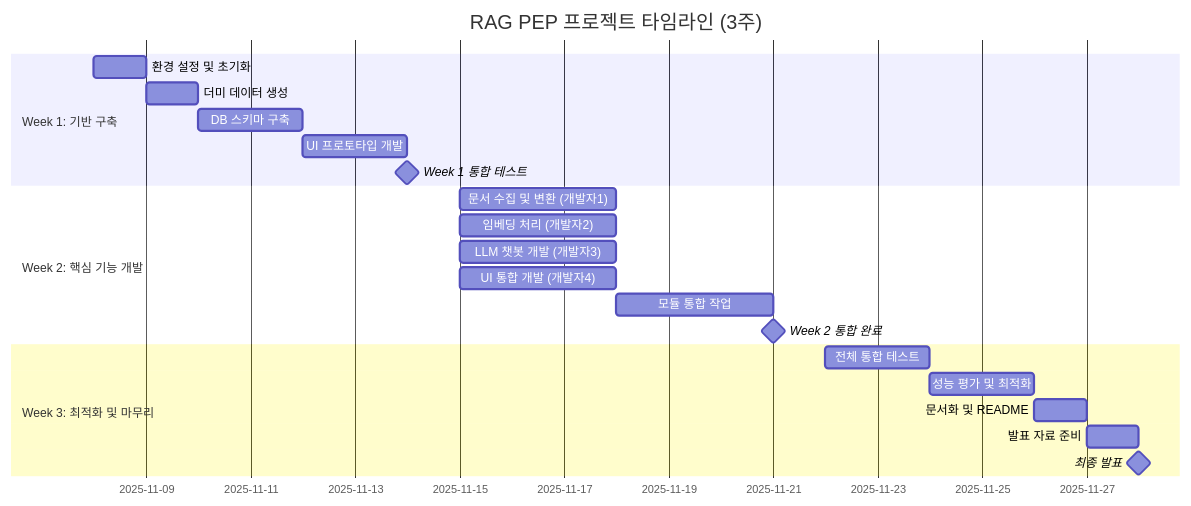
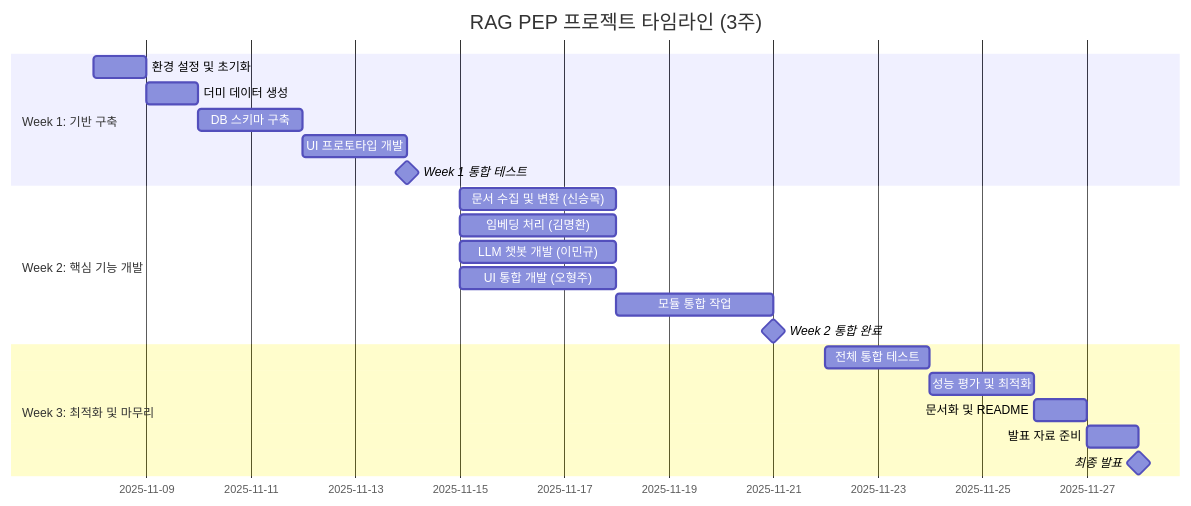
The first of 4 diagrams in README.md (c0z0c/codeit_ai_g2b_search), drawn with Mermaid before and after one commit. The commit also changed other lines of this file and 14 other files, not shown here.

````diff
--- a/README.md
+++ b/README.md
@@ -19,27 +24,27 @@
 ```mermaid
 gantt
     title RAG PEP 프로젝트 타임라인 (3주)
     dateFormat  YYYY-MM-DD
     
     section Week 1: 기반 구축
     환경 설정 및 초기화        :w1d1, 2025-11-08, 1d
     더미 데이터 생성           :w1d2, after w1d1, 1d
     DB 스키마 구축             :w1d3, after w1d2, 2d
     UI 프로토타입 개발         :w1d4, after w1d3, 2d
     Week 1 통합 테스트         :milestone, m1, after w1d4, 0d
     
     section Week 2: 핵심 기능 개발
-    문서 수집 및 변환 (개발자1) :w2d1, 2025-11-15, 3d
-    임베딩 처리 (개발자2)       :w2d2, 2025-11-15, 3d
-    LLM 챗봇 개발 (개발자3)     :w2d3, 2025-11-15, 3d
-    UI 통합 개발 (개발자4)      :w2d4, 2025-11-15, 3d
+    문서 수집 및 변환 (신승목) :w2d1, 2025-11-15, 3d
+    임베딩 처리 (김명환)       :w2d2, 2025-11-15, 3d
+    LLM 챗봇 개발 (이민규)     :w2d3, 2025-11-15, 3d
+    UI 통합 개발 (오형주)      :w2d4, 2025-11-15, 3d
     모듈 통합 작업              :w2d5, after w2d1, 3d
     Week 2 통합 완료            :milestone, m2, after w2d5, 0d
     
     section Week 3: 최적화 및 마무리
     전체 통합 테스트           :w3d1, 2025-11-22, 2d
     성능 평가 및 최적화        :w3d2, after w3d1, 2d
     문서화 및 README           :w3d3, after w3d2, 1d
     발표 자료 준비             :w3d4, after w3d3, 1d
     최종 발표                  :milestone, m3, 2025-11-28, 0d
 ```
````
